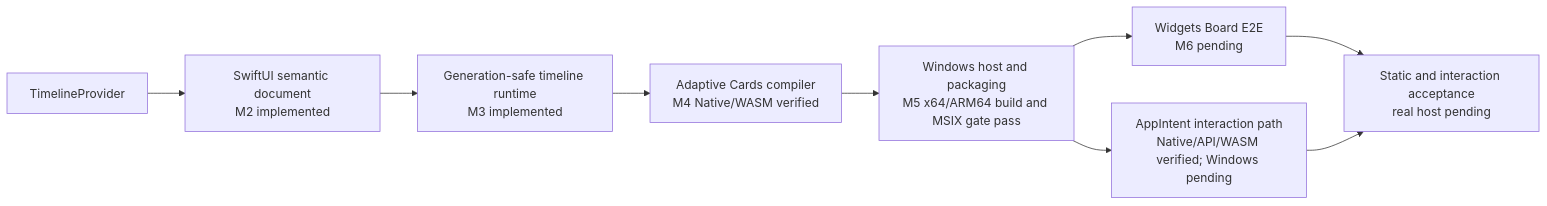
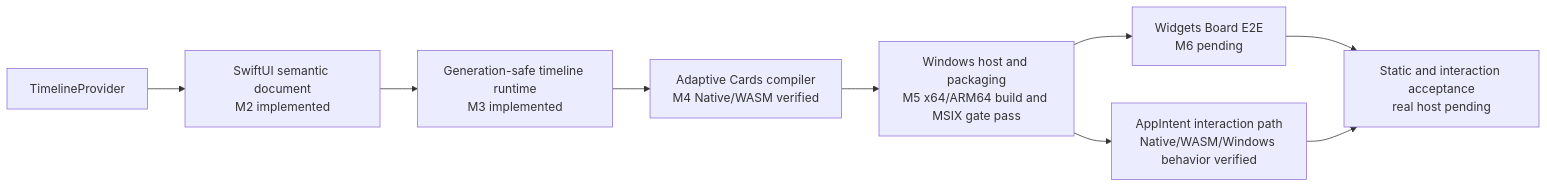
Before and after one commit to 1amageek/OpenWidgetKit: the first of 2 diagrams in README.md, drawn with Mermaid. The commit also changed other lines of this file and 5 other files, not shown here.

Commit message:
Record Windows behavior verification

````diff
--- a/README.md
+++ b/README.md
@@ -108,11 +108,11 @@
 ```mermaid
 flowchart LR
     Provider["TimelineProvider"] --> Document["SwiftUI semantic document<br/>M2 implemented"]
     Document --> Scheduler["Generation-safe timeline runtime<br/>M3 implemented"]
     Scheduler --> Compiler["Adaptive Cards compiler<br/>M4 Native/WASM verified"]
     Compiler --> Windows["Windows host and packaging<br/>M5 x64/ARM64 build and MSIX gate pass"]
     Windows --> Board["Widgets Board E2E<br/>M6 pending"]
-    Windows --> Interaction["AppIntent interaction path<br/>Native/API/WASM verified; Windows pending"]
+    Windows --> Interaction["AppIntent interaction path<br/>Native/WASM/Windows behavior verified"]
     Board --> Acceptance["Static and interaction acceptance<br/>real host pending"]
     Interaction --> Acceptance
 ```
````
